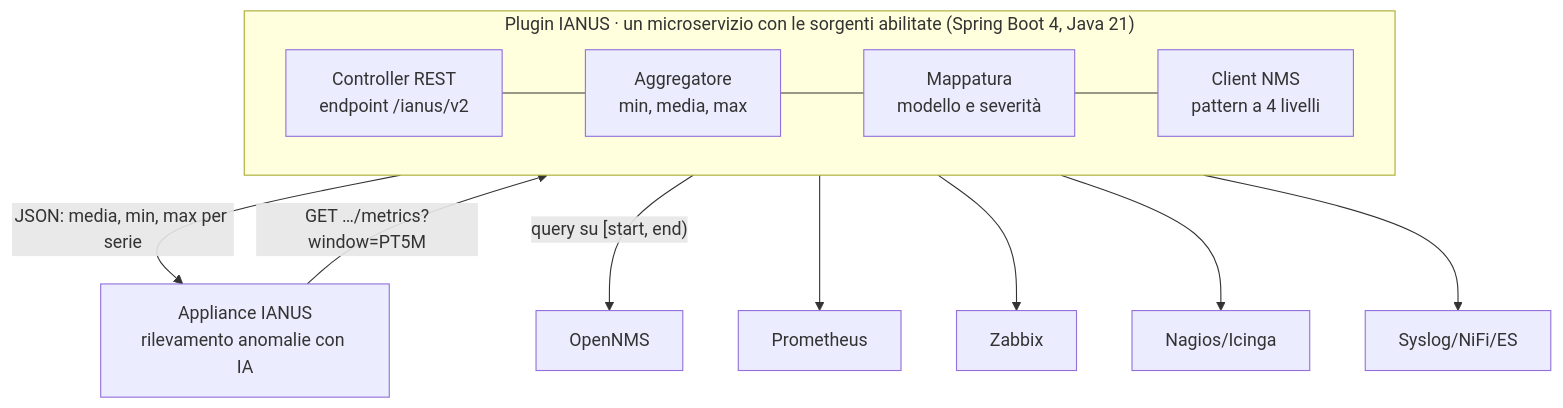
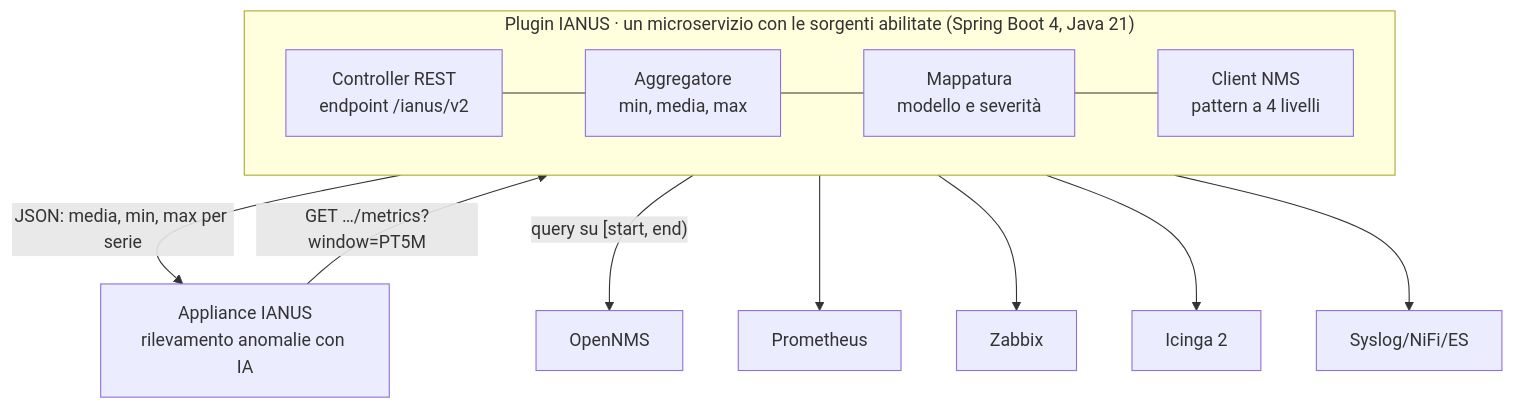
Before and after one commit to rssntn67/ianus-plugin: the diagram in SPECIFICA.md, drawn with Mermaid. The commit also changed other lines of this file, not shown here.

Commit message:
Specifica: toglie Nagios Core, resta solo Icinga 2

````diff
--- a/SPECIFICA.md
+++ b/SPECIFICA.md
@@ -28,15 +28,15 @@
 ```mermaid
 flowchart TB
     IANUS["Appliance IANUS<br/>rilevamento anomalie con IA"]
     subgraph PLUGIN["Plugin IANUS · un microservizio con le sorgenti abilitate (Spring Boot 4, Java 21)"]
         direction LR
         CTRL["Controller REST<br/>endpoint /ianus/v2"] --- AGG["Aggregatore<br/>min, media, max"] --- MAP["Mappatura<br/>modello e severità"] --- CLIENT["Client NMS<br/>pattern a 4 livelli"]
     end
     IANUS -- "GET …/metrics?window=PT5M" --> CTRL
     CTRL -- "JSON: media, min, max per serie" --> IANUS
     CLIENT -- "query su [start, end)" --> OPENNMS["OpenNMS"]
     CLIENT --> PROM["Prometheus"]
     CLIENT --> ZBX["Zabbix"]
-    CLIENT --> ICINGA["Nagios/Icinga"]
+    CLIENT --> ICINGA["Icinga 2"]
     CLIENT --> SYSLOG["Syslog/NiFi/ES"]
 ```
````
